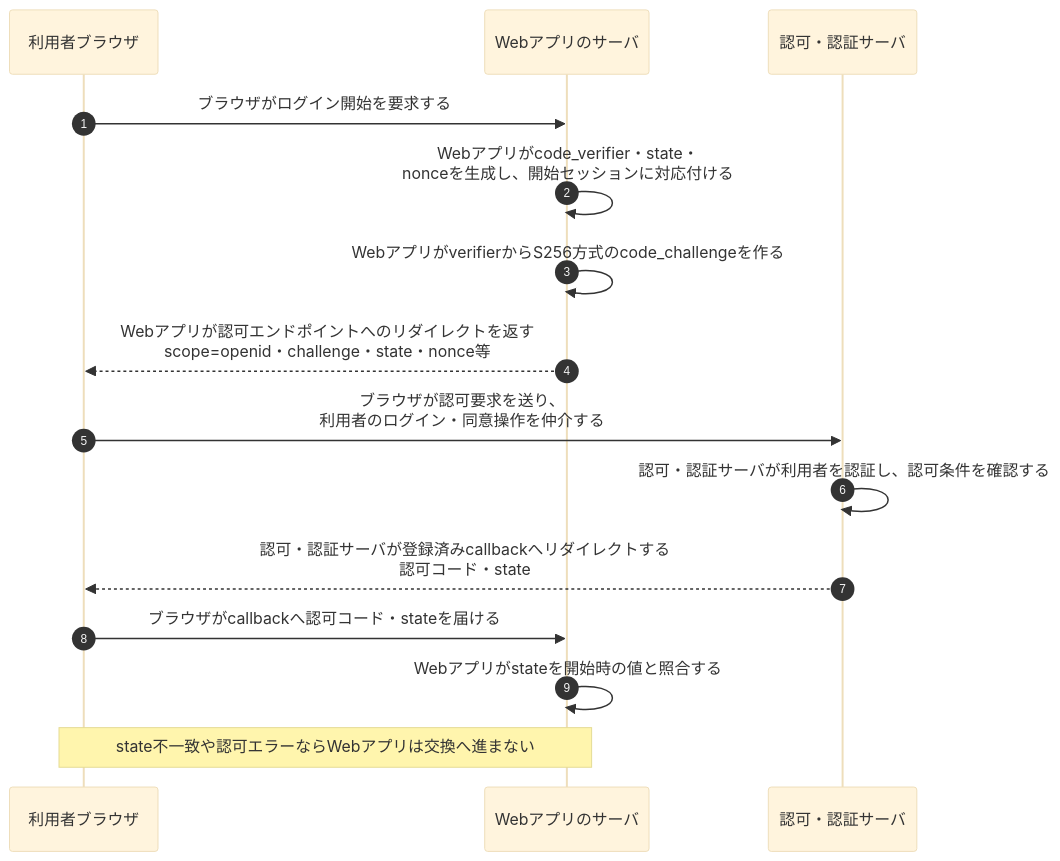
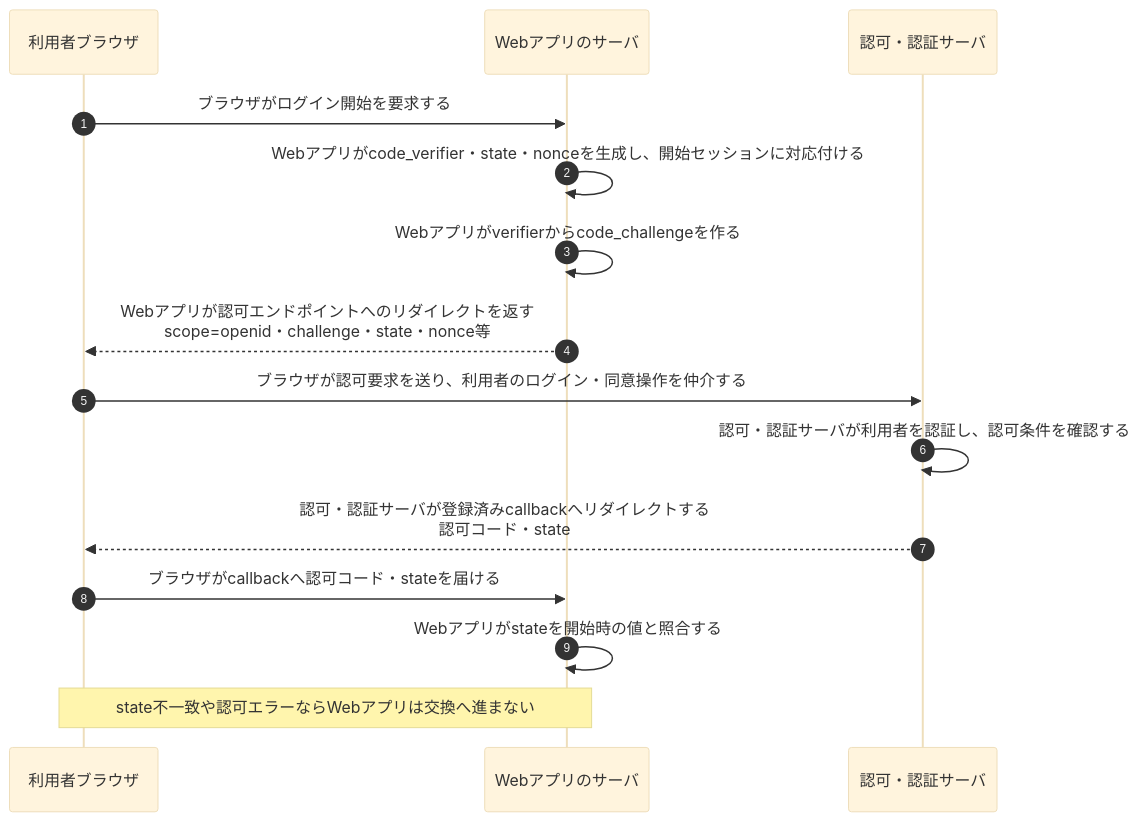
One commit to ryusuke2003/security-specialist-study changed the first of 2 diagrams in 復習用/流れ図/OAuth2とOIDCの認可コードとPKCE.md. Above: the diagram before and after it, drawn with Mermaid (base theme). The commit also changed other lines of this file, not shown here.

Commit message:
OAuthとPKCE流れ図の生成式詳細を整理

````diff
--- a/復習用/流れ図/OAuth2とOIDCの認可コードとPKCE.md
+++ b/復習用/流れ図/OAuth2とOIDCの認可コードとPKCE.md
@@ -40,18 +40,18 @@
 ```mermaid
 sequenceDiagram
     autonumber
     participant B as 利用者ブラウザ
     participant C as Webアプリのサーバ
     participant O as 認可・認証サーバ
 
     B->>C: ブラウザがログイン開始を要求する
-    C->>C: Webアプリがcode_verifier・state・<br/>nonceを生成し、開始セッションに対応付ける
-    C->>C: WebアプリがverifierからS256方式のcode_challengeを作る
+    C->>C: Webアプリがcode_verifier・state・nonceを生成し、開始セッションに対応付ける
+    C->>C: Webアプリがverifierからcode_challengeを作る
     C-->>B: Webアプリが認可エンドポイントへのリダイレクトを返す<br/>scope=openid・challenge・state・nonce等
-    B->>O: ブラウザが認可要求を送り、<br/>利用者のログイン・同意操作を仲介する
+    B->>O: ブラウザが認可要求を送り、利用者のログイン・同意操作を仲介する
     O->>O: 認可・認証サーバが利用者を認証し、認可条件を確認する
     O-->>B: 認可・認証サーバが登録済みcallbackへリダイレクトする<br/>認可コード・state
     B->>C: ブラウザがcallbackへ認可コード・stateを届ける
     C->>C: Webアプリがstateを開始時の値と照合する
     Note over B,C: state不一致や認可エラーならWebアプリは交換へ進まない
 ```
````
